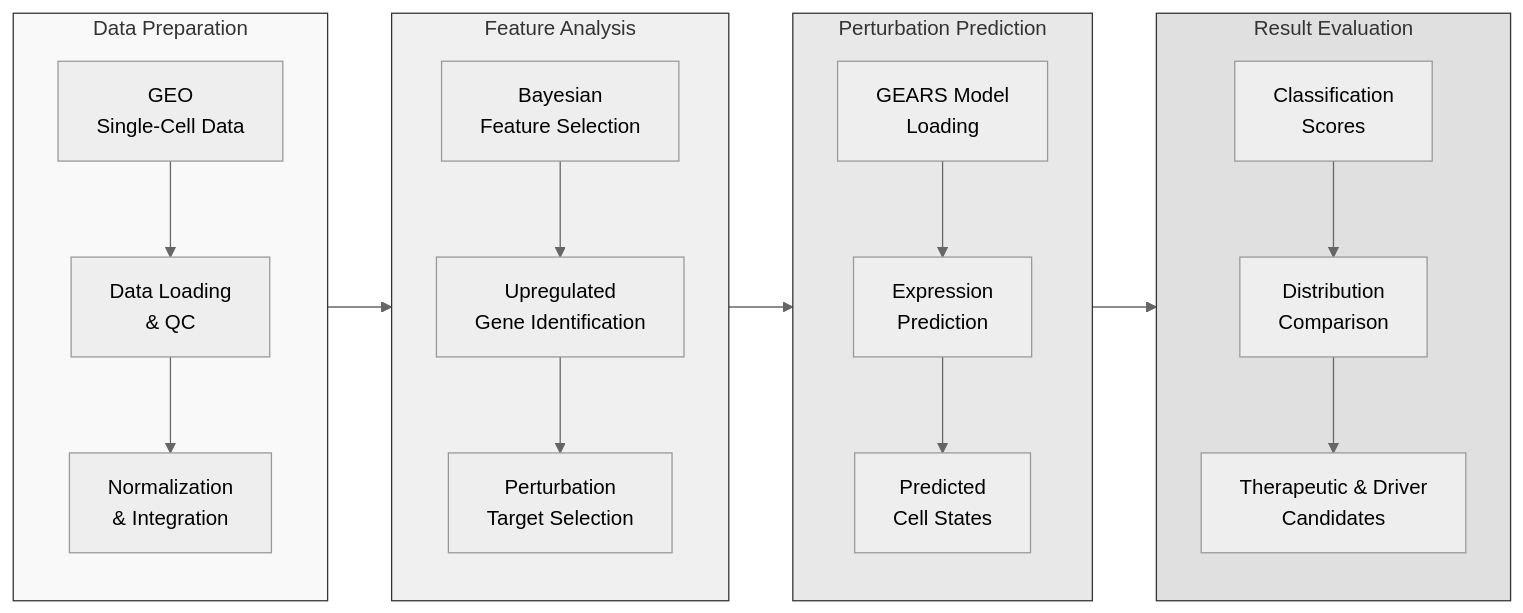
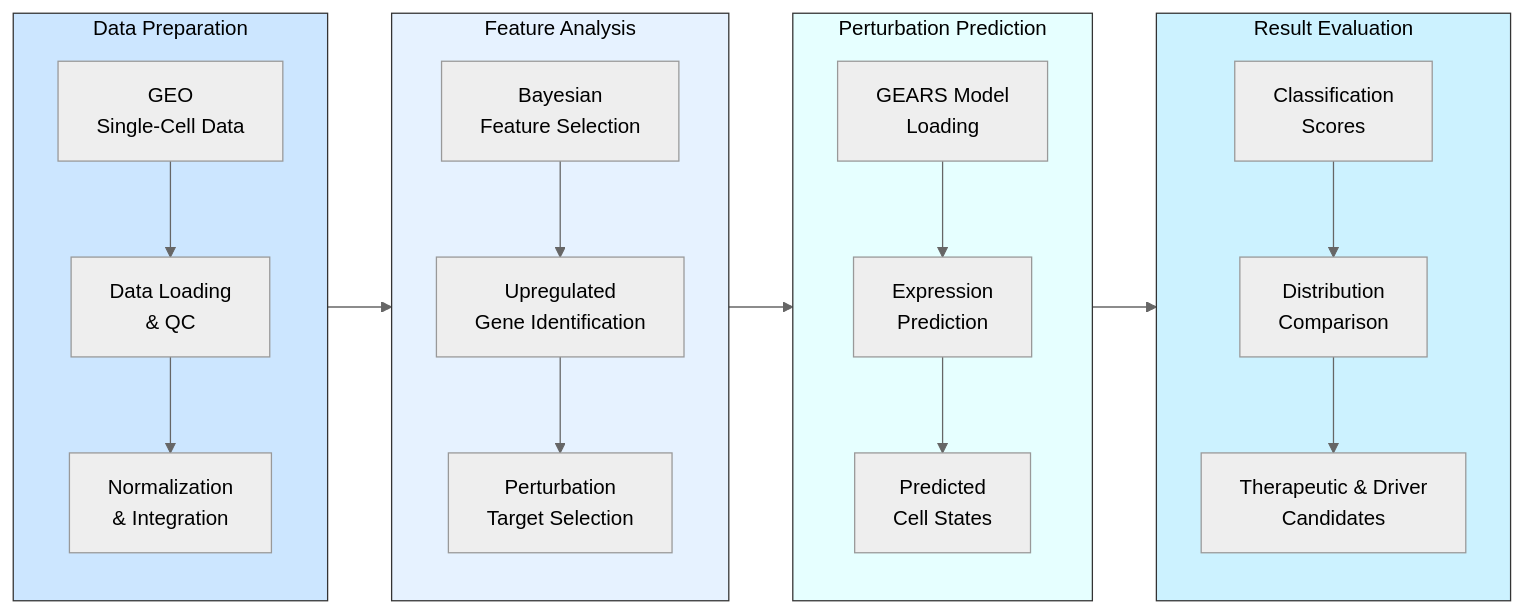
Before and after one commit to ejmockler/ML-AML: the second of 3 diagrams in README.md, drawn with Mermaid (neutral theme). The commit also changed other lines of this file, not shown here.

Commit message:
fix README diagram colors & newlines

````diff
--- a/README.md
+++ b/README.md
@@ -38,31 +38,31 @@
 ```mermaid
 flowchart LR
-    subgraph DataPrep[Data Preparation]
-        A1[GEO\nSingle-Cell Data] --> A2[Data Loading\n& QC]
-        A2 --> A3[Normalization\n& Integration]
+    subgraph DataPrep["Data Preparation"]
+        A1["GEO<br/>Single-Cell Data"] --> A2["Data Loading<br/>& QC"]
+        A2 --> A3["Normalization<br/>& Integration"]
     end
     
-    subgraph Analysis[Feature Analysis]
-        B1[Bayesian\nFeature Selection] --> B2[Upregulated\nGene Identification]
-        B2 --> B3[Perturbation\nTarget Selection]
+    subgraph Analysis["Feature Analysis"]
+        B1["Bayesian<br/>Feature Selection"] --> B2["Upregulated<br/>Gene Identification"]
+        B2 --> B3["Perturbation<br/>Target Selection"]
     end
     
-    subgraph Prediction[Perturbation Prediction]
-        C1[GEARS Model\nLoading] --> C2[Expression\nPrediction]
-        C2 --> C3[Predicted\nCell States]
+    subgraph Prediction["Perturbation Prediction"]
+        C1["GEARS Model<br/>Loading"] --> C2["Expression<br/>Prediction"]
+        C2 --> C3["Predicted<br/>Cell States"]
     end
     
-    subgraph Evaluation[Result Evaluation]
-        D1[Classification\nScores] --> D2[Distribution\nComparison]
-        D2 --> D3[Therapeutic & Driver\nCandidates]
+    subgraph Evaluation["Result Evaluation"]
+        D1["Classification<br/>Scores"] --> D2["Distribution<br/>Comparison"]
+        D2 --> D3["Therapeutic & Driver<br/>Candidates"]
     end
     
     DataPrep --> Analysis
     Analysis --> Prediction
     Prediction --> Evaluation
     
-    style DataPrep fill:#f9f9f9,stroke:#333,stroke-width:1px
-    style Analysis fill:#f0f0f0,stroke:#333,stroke-width:1px
-    style Prediction fill:#e8e8e8,stroke:#333,stroke-width:1px
-    style Evaluation fill:#e0e0e0,stroke:#333,stroke-width:1px
+    style DataPrep fill:#cce6ff,stroke:#333,stroke-width:1px,color:#000
+    style Analysis fill:#e6f2ff,stroke:#333,stroke-width:1px,color:#000
+    style Prediction fill:#e6ffff,stroke:#333,stroke-width:1px,color:#000
+    style Evaluation fill:#ccf2ff,stroke:#333,stroke-width:1px,color:#000
 ```
````
